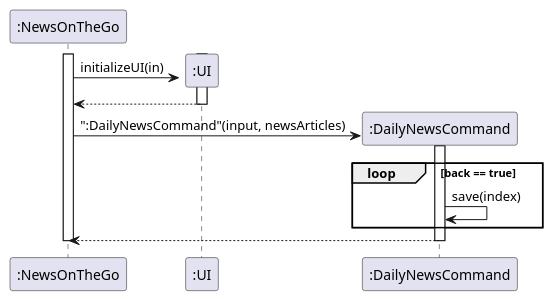
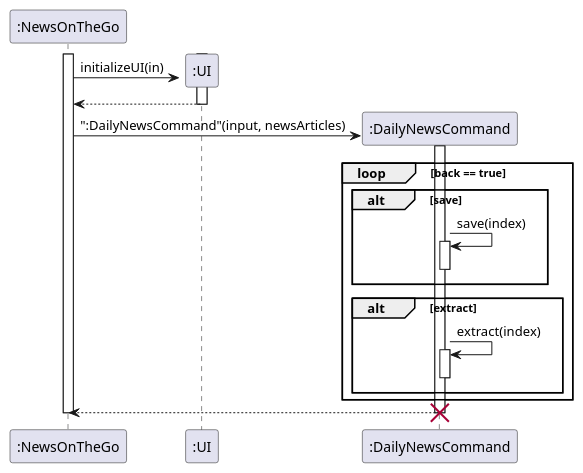
Before and after one commit to AhmedShaiyan/tp: the diagram in docs/UML_Diagrams/dailyFunctionSequence.puml, drawn with PlantUML. The commit also changed 10 other files, not shown here.

```diff
--- a/docs/UML_Diagrams/dailyFunctionSequence.puml
+++ b/docs/UML_Diagrams/dailyFunctionSequence.puml
@@ -1,18 +1,32 @@
 @startuml
 Create ":NewsOnTheGo"
 activate ":NewsOnTheGo"
+
 Create ":UI"
 activate ":UI"
+
 ":NewsOnTheGo" -> ":UI" : initializeUI(in)
 ":UI" --> ":NewsOnTheGo":
 deactivate ":UI"
+
 Create ":DailyNewsCommand"
 ":NewsOnTheGo" -> ":DailyNewsCommand" : ":DailyNewsCommand"(input, newsArticles)
 activate ":DailyNewsCommand"
+
 loop back == true
+    alt save
     ":DailyNewsCommand" -> ":DailyNewsCommand": save(index)
+    activate ":DailyNewsCommand"
+    deactivate ":DailyNewsCommand"
     end
+    alt extract
+    ":DailyNewsCommand" -> ":DailyNewsCommand": extract(index)
+    activate ":DailyNewsCommand"
+    deactivate ":DailyNewsCommand"
+    end
+end
+
 ":DailyNewsCommand" --> ":NewsOnTheGo":
-deactivate ":DailyNewsCommand"
+destroy ":DailyNewsCommand"
 deactivate ":NewsOnTheGo"
 @enduml
```
